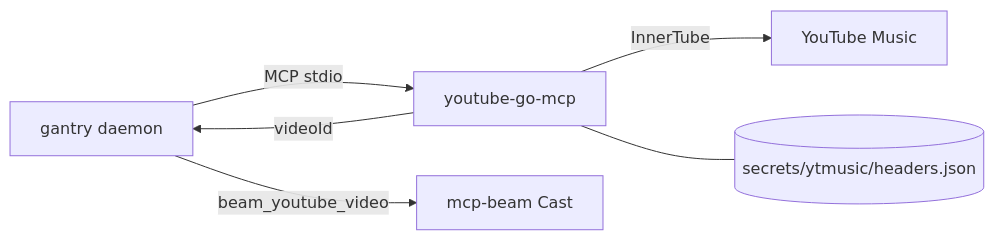
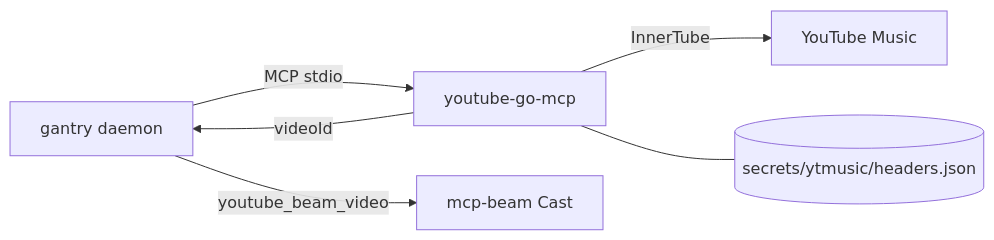
Before and after one commit to shotah/ai-gantry: the diagram in local-agent/docs/ytmusic.md, drawn with Mermaid. The commit also changed other lines of this file and 34 other files, not shown here.

````diff
--- a/local-agent/docs/ytmusic.md
+++ b/local-agent/docs/ytmusic.md
@@ -11,8 +11,8 @@
 ```mermaid
 flowchart LR
   GN[gantry daemon] -->|MCP stdio| YM[youtube-go-mcp]
   YM -->|InnerTube| YTM[YouTube Music]
   YM --- HDR[("secrets/ytmusic/headers.json")]
   YM -->|videoId| GN
-  GN -->|beam_youtube_video| MB[mcp-beam Cast]
+  GN -->|youtube_beam_video| MB[mcp-beam Cast]
 ```
````
